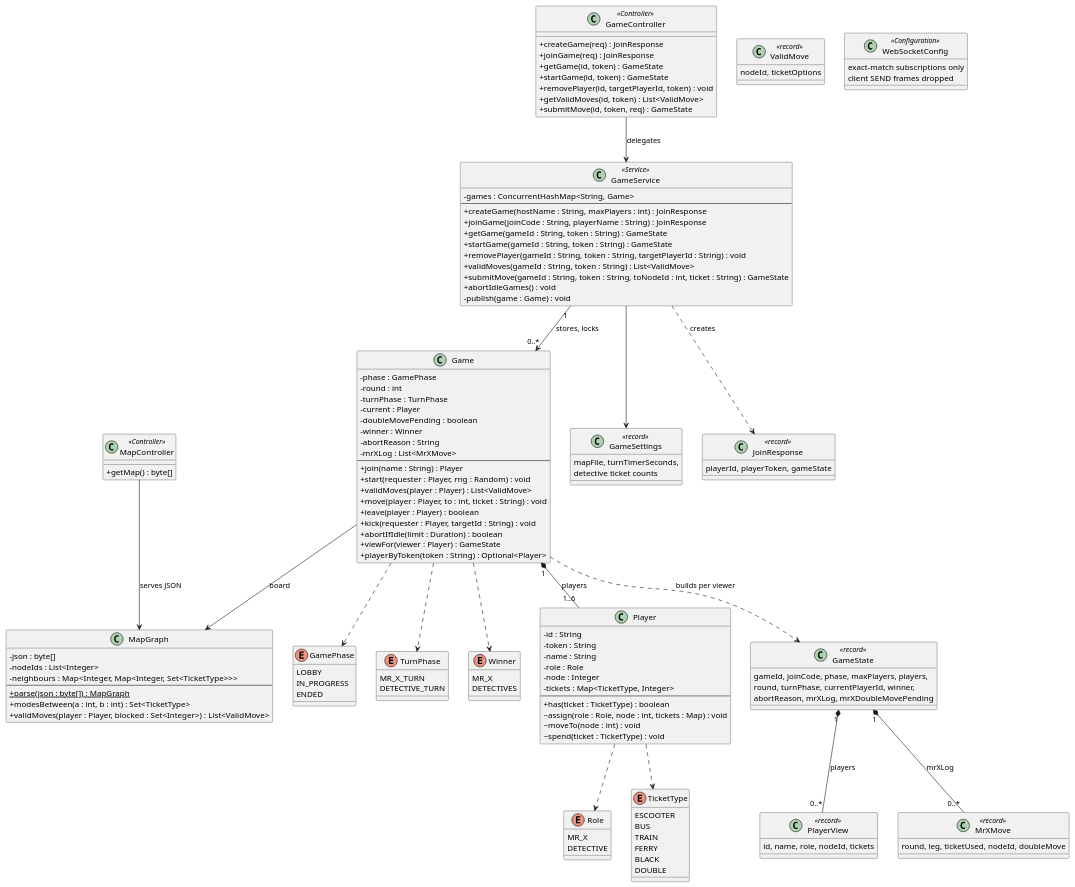
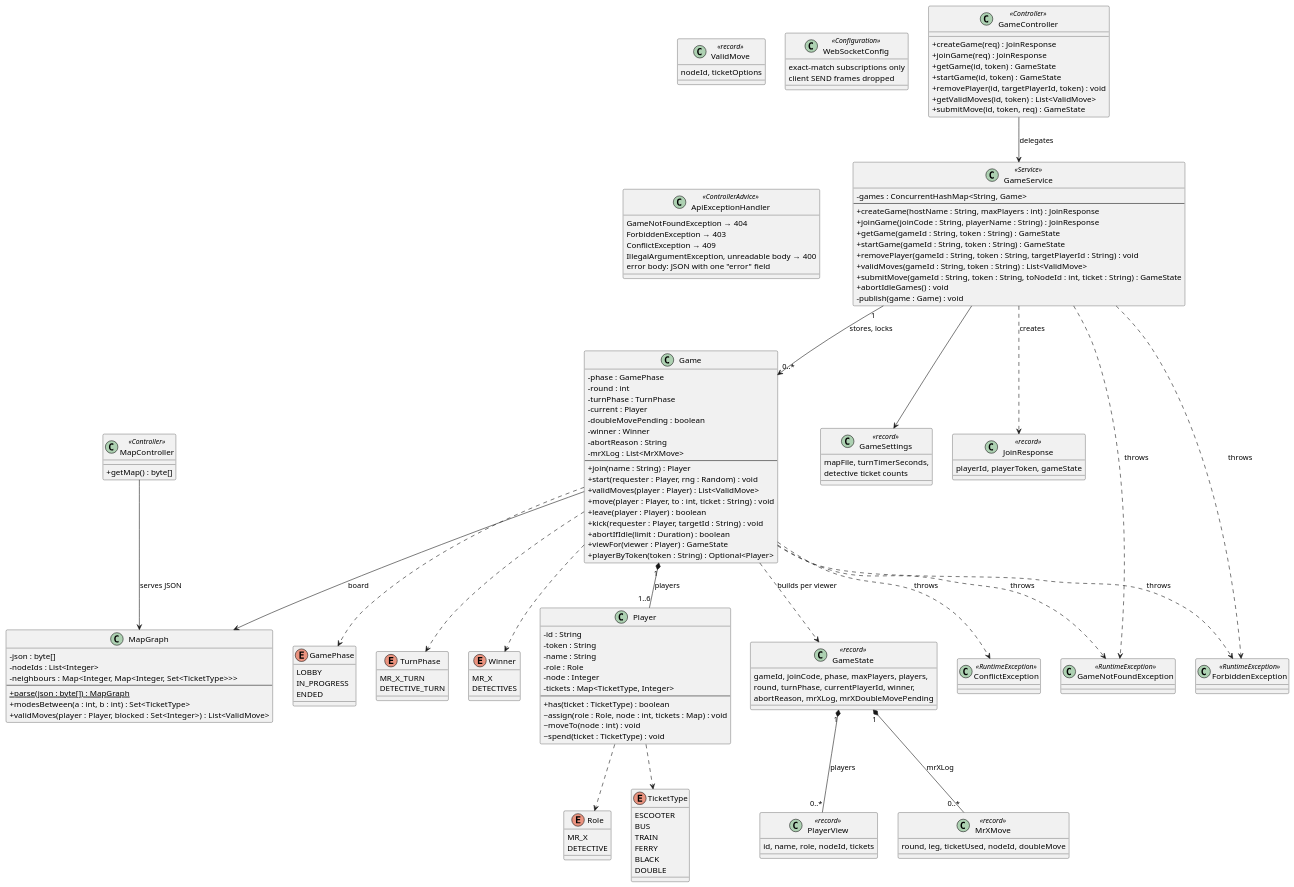
Before and after one commit to Ming-Bao/HuntingMrX: the second of 2 diagrams in documentation/plans/classdiagram.md, drawn with PlantUML. The commit also changed other lines of this file and 9 other files, not shown here.

First line of the commit message:
docs: sync README, spec, guides, diagrams and OpenAPI with the code

````diff
--- a/documentation/plans/classdiagram.md
+++ b/documentation/plans/classdiagram.md
@@ -187,5 +189,25 @@
 GameService ..> JoinResponse : creates
 GameController --> GameService : delegates
 MapController --> MapGraph : serves JSON
+
+' ── Errors ────────────────────────────────────────────────────────────
+
+class GameNotFoundException <<RuntimeException>>
+class ForbiddenException <<RuntimeException>>
+class ConflictException <<RuntimeException>>
+
+class ApiExceptionHandler <<ControllerAdvice>> {
+    GameNotFoundException → 404
+    ForbiddenException → 403
+    ConflictException → 409
+    IllegalArgumentException, unreadable body → 400
+    error body: JSON with one "error" field
+}
+
+Game ..> GameNotFoundException : throws
+Game ..> ForbiddenException : throws
+Game ..> ConflictException : throws
+GameService ..> GameNotFoundException : throws
+GameService ..> ForbiddenException : throws
 @enduml
 ```
````
